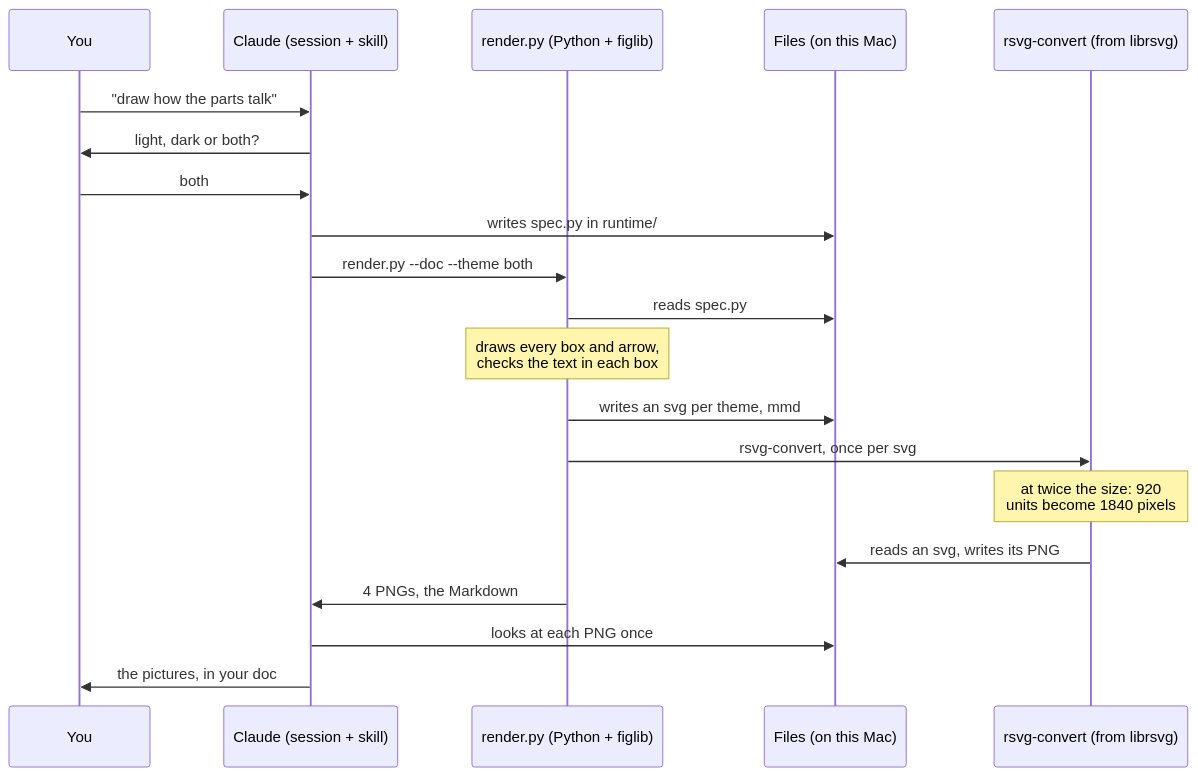
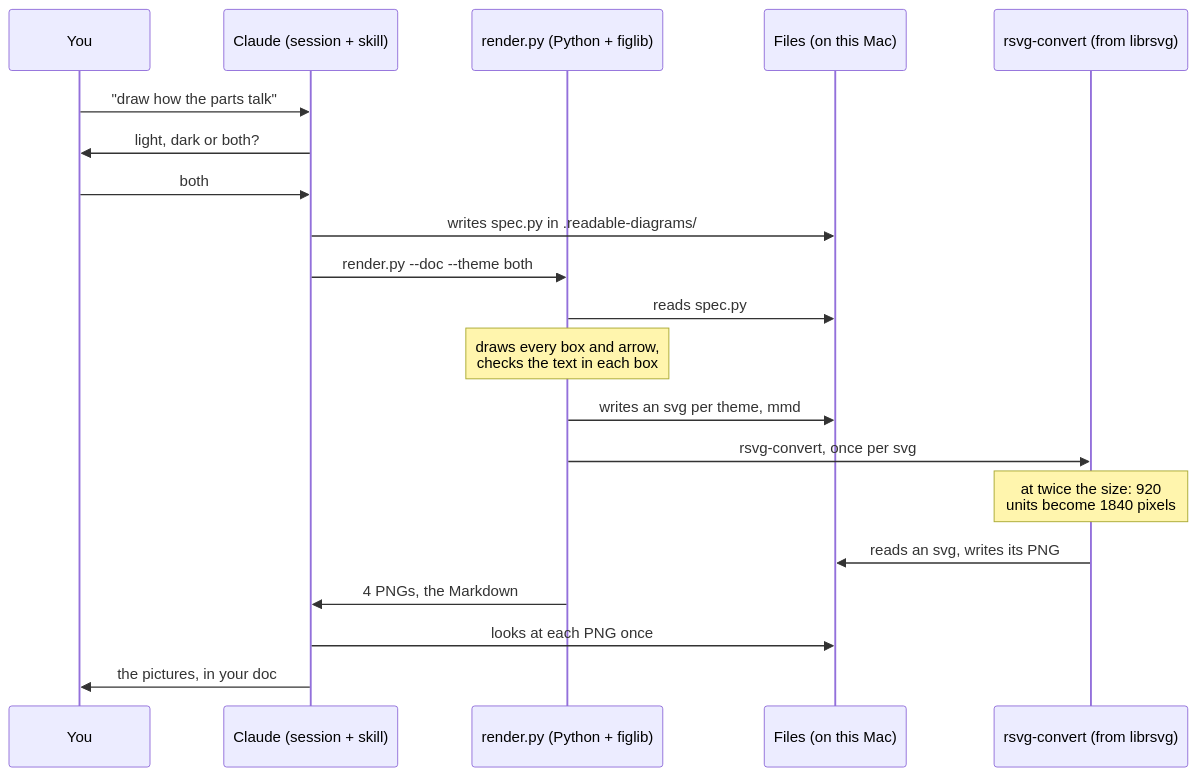
Before and after one commit to DanTanzer/dans-skills: the second of 2 diagrams in skills/readable-diagrams/HOW-IT-WORKS.md, drawn with Mermaid. The commit also changed other lines of this file and 16 other files, not shown here.

First line of the commit message:
readable-diagrams: build files in .readable-diagrams/ at the project root

````diff
--- a/skills/readable-diagrams/HOW-IT-WORKS.md
+++ b/skills/readable-diagrams/HOW-IT-WORKS.md
@@ -68,22 +68,22 @@
 ```mermaid
 sequenceDiagram
   participant U as You
   participant C as Claude (session + skill)
   participant R as render.py (Python + figlib)
   participant F as Files (on this Mac)
   participant X as rsvg-convert (from librsvg)
   U->>C: "draw how the parts talk"
   C->>U: light, dark or both?
   U->>C: both
-  C->>F: writes spec.py in runtime/
+  C->>F: writes spec.py in .readable-diagrams/
   C->>R: render.py --doc --theme both
   R->>F: reads spec.py
   Note over R: draws every box and arrow,<br/>checks the text in each box
   R->>F: writes an svg per theme, mmd
   R->>X: rsvg-convert, once per svg
   Note over X: at twice the size: 920<br/>units become 1840 pixels
   X->>F: reads an svg, writes its PNG
   R->>C: 4 PNGs, the Markdown
   C->>F: looks at each PNG once
   C->>U: the pictures, in your doc
 ```
````
